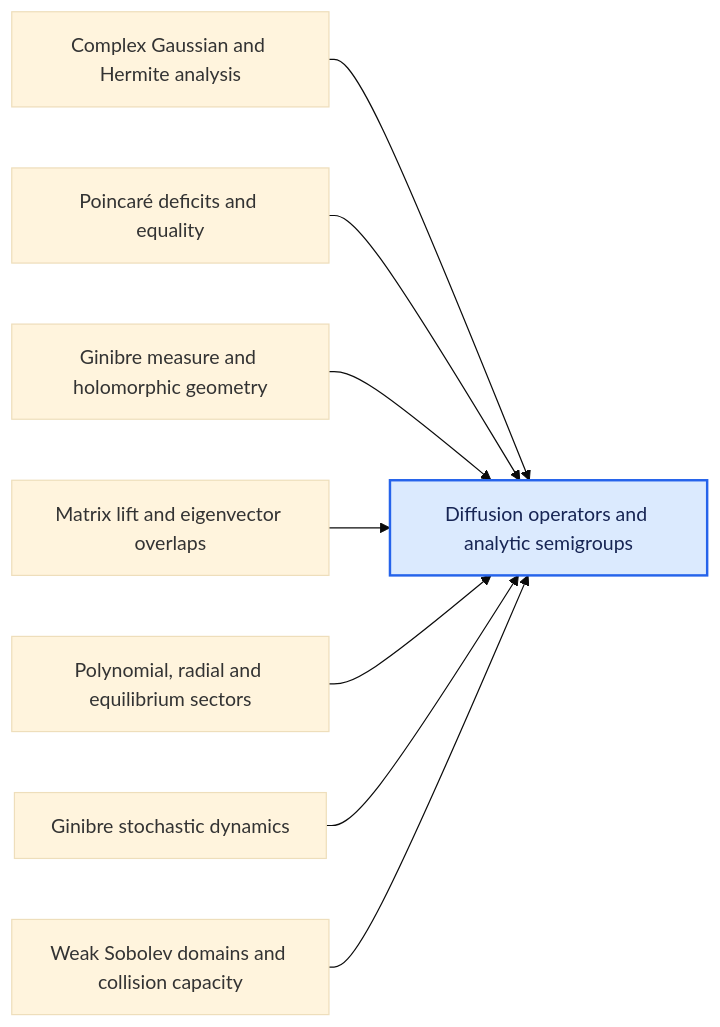
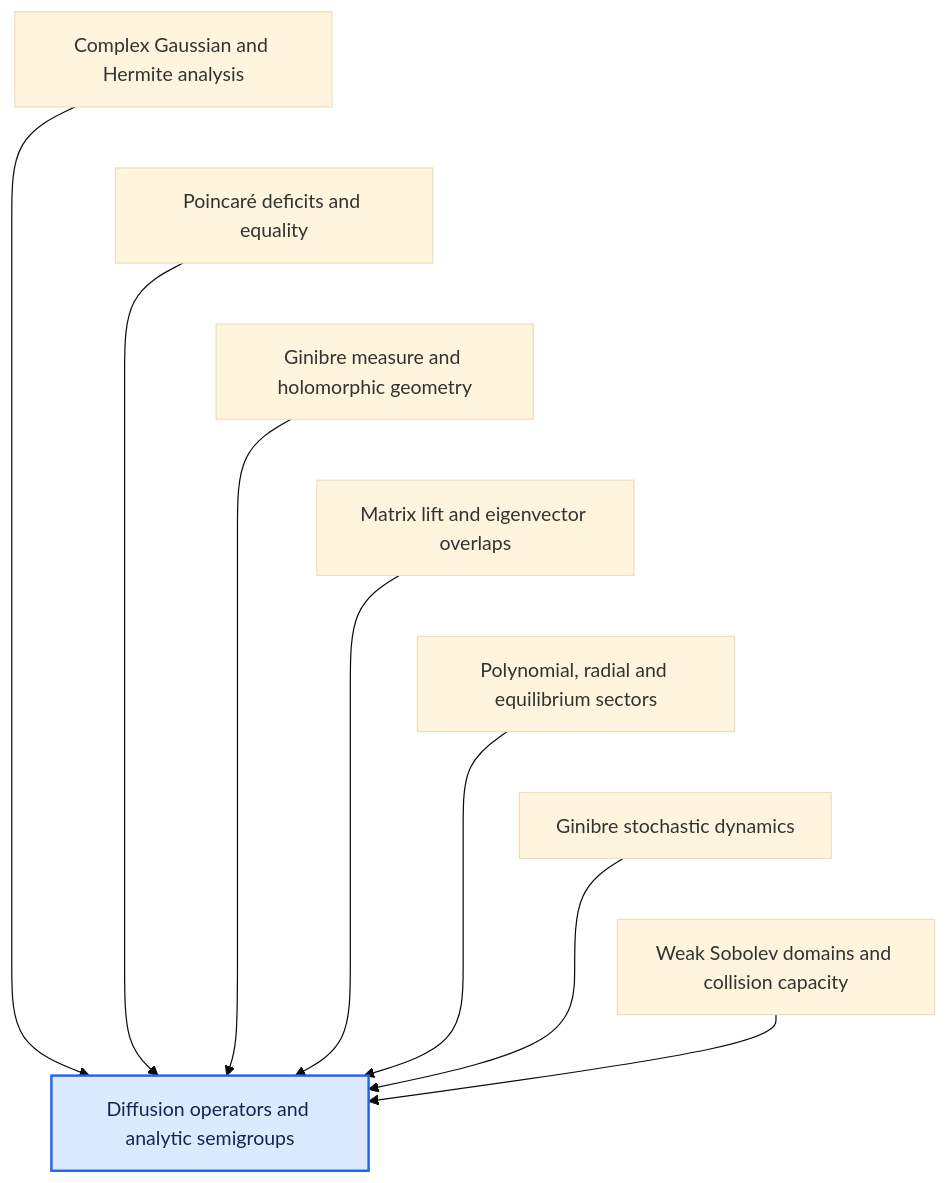
The seventh of 12 diagrams in DEPENDENCIES.md (djalilchafai/ginibre-poincare), drawn with Mermaid (base theme) before and after one commit. The commit also changed other lines of this file and 44 other files, not shown here.

Commit message:
Make dependency diagrams vertical and add GitHub Pages deployment

````diff
--- a/DEPENDENCIES.md
+++ b/DEPENDENCIES.md
@@ -156,12 +186,18 @@
 ```mermaid
-flowchart LR
+flowchart TB
   ComplexGaussianHermite["Complex Gaussian and Hermite analysis"] --> GeneratorSemigroup["Diffusion operators and analytic semigroups"]
   DeficitsEquality["Poincaré deficits and equality"] --> GeneratorSemigroup["Diffusion operators and analytic semigroups"]
   GinibreMeasureGeometry["Ginibre measure and holomorphic geometry"] --> GeneratorSemigroup["Diffusion operators and analytic semigroups"]
   MatrixLift["Matrix lift and eigenvector overlaps"] --> GeneratorSemigroup["Diffusion operators and analytic semigroups"]
   PolynomialRadial["Polynomial, radial and equilibrium sectors"] --> GeneratorSemigroup["Diffusion operators and analytic semigroups"]
   StochasticDynamics["Ginibre stochastic dynamics"] --> GeneratorSemigroup["Diffusion operators and analytic semigroups"]
   WeakSobolev["Weak Sobolev domains and collision capacity"] --> GeneratorSemigroup["Diffusion operators and analytic semigroups"]
+  ComplexGaussianHermite ~~~ DeficitsEquality
+  DeficitsEquality ~~~ GinibreMeasureGeometry
+  GinibreMeasureGeometry ~~~ MatrixLift
+  MatrixLift ~~~ PolynomialRadial
+  PolynomialRadial ~~~ StochasticDynamics
+  StochasticDynamics ~~~ WeakSobolev
   classDef target fill:#dbeafe,stroke:#2563eb,stroke-width:2px,color:#172554;
   class GeneratorSemigroup target;
 ```
````
